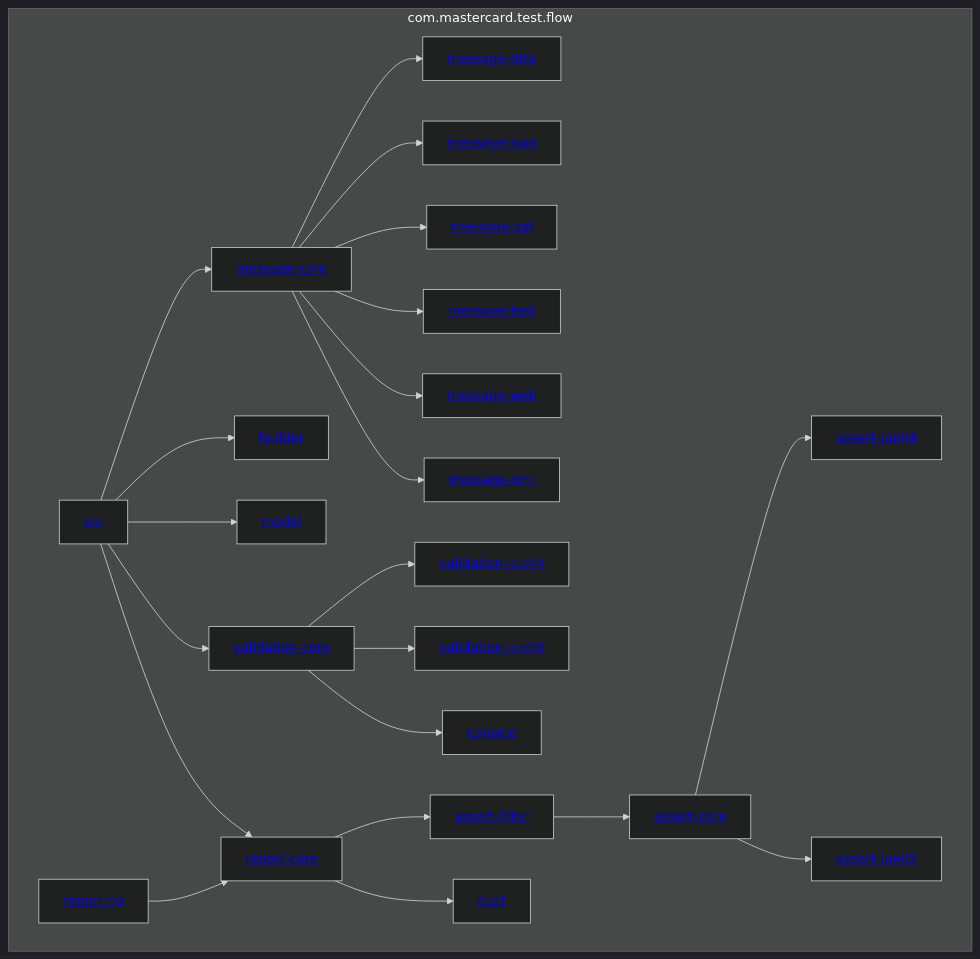
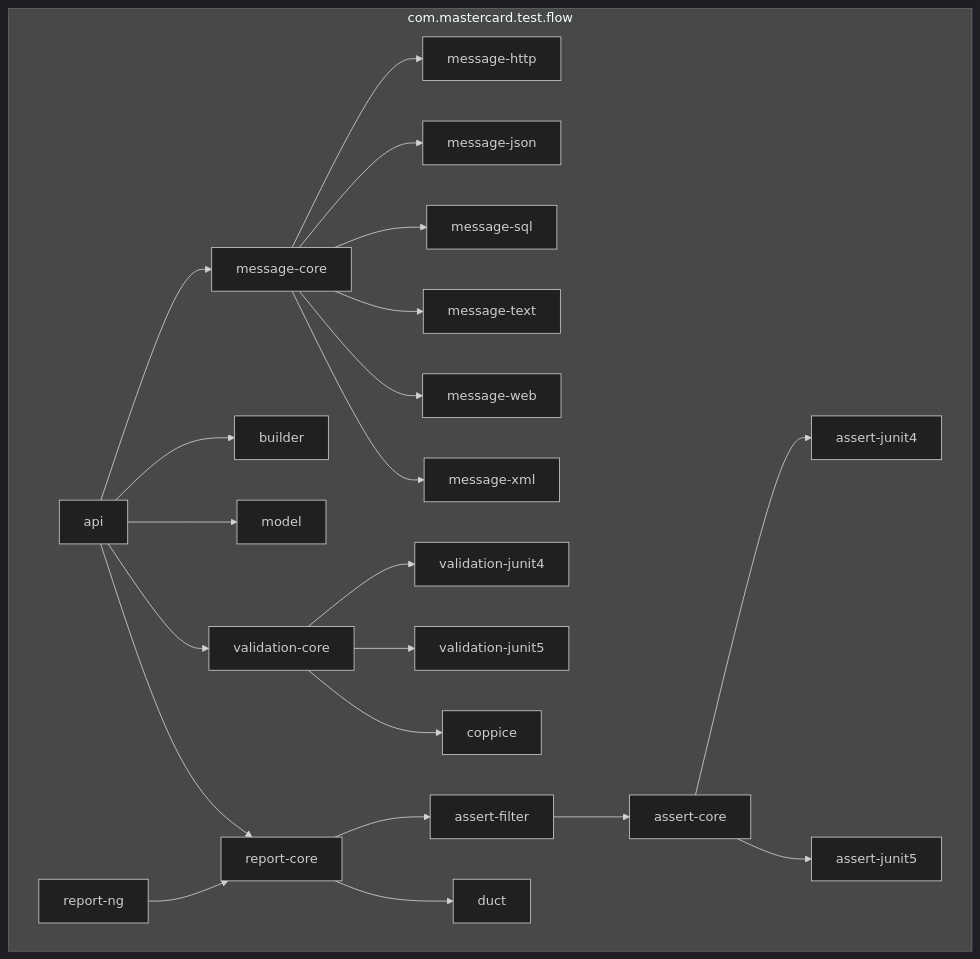
Before and after one commit to Mastercard/flow: the diagram in README.md, drawn with Mermaid (dark theme). The commit also changed 2 other files, not shown here.

Commit message:
Removed mermaid links - github no longer renders them (#738)
removed mermaid links - github no longer renders them

````diff
--- a/README.md
+++ b/README.md
@@ -50,46 +50,46 @@
 ```mermaid
 graph TB
   subgraph com.mastercard.test.flow
-    api[<a href='https://github.com/Mastercard/flow/tree/main/api'>api</a>]
-    assert-core[<a href='https://github.com/Mastercard/flow/tree/main/assert/assert-core'>assert-core</a>]
-    assert-filter[<a href='https://github.com/Mastercard/flow/tree/main/assert/assert-filter'>assert-filter</a>]
-    assert-junit4[<a href='https://github.com/Mastercard/flow/tree/main/assert/assert-junit4'>assert-junit4</a>]
-    assert-junit5[<a href='https://github.com/Mastercard/flow/tree/main/assert/assert-junit5'>assert-junit5</a>]
-    builder[<a href='https://github.com/Mastercard/flow/tree/main/builder'>builder</a>]
-    coppice[<a href='https://github.com/Mastercard/flow/tree/main/validation/coppice'>coppice</a>]
-    duct[<a href='https://github.com/Mastercard/flow/tree/main/report/duct'>duct</a>]
-    message-core[<a href='https://github.com/Mastercard/flow/tree/main/message/message-core'>message-core</a>]
-    message-http[<a href='https://github.com/Mastercard/flow/tree/main/message/message-http'>message-http</a>]
-    message-json[<a href='https://github.com/Mastercard/flow/tree/main/message/message-json'>message-json</a>]
-    message-sql[<a href='https://github.com/Mastercard/flow/tree/main/message/message-sql'>message-sql</a>]
-    message-text[<a href='https://github.com/Mastercard/flow/tree/main/message/message-text'>message-text</a>]
-    message-web[<a href='https://github.com/Mastercard/flow/tree/main/message/message-web'>message-web</a>]
-    message-xml[<a href='https://github.com/Mastercard/flow/tree/main/message/message-xml'>message-xml</a>]
-    model[<a href='https://github.com/Mastercard/flow/tree/main/model'>model</a>]
-    report-core[<a href='https://github.com/Mastercard/flow/tree/main/report/report-core'>report-core</a>]
-    report-ng[<a href='https://github.com/Mastercard/flow/tree/main/report/report-ng'>report-ng</a>]
-    validation-core[<a href='https://github.com/Mastercard/flow/tree/main/validation/validation-core'>validation-core</a>]
-    validation-junit4[<a href='https://github.com/Mastercard/flow/tree/main/validation/validation-junit4'>validation-junit4</a>]
-    validation-junit5[<a href='https://github.com/Mastercard/flow/tree/main/validation/validation-junit5'>validation-junit5</a>]
+    api[api]
+    assert-core[assert-core]
+    assert-filter[assert-filter]
+    assert-junit4[assert-junit4]
+    assert-junit5[assert-junit5]
+    builder[builder]
+    coppice[coppice]
+    duct[duct]
+    message-core[message-core]
+    message-http[message-http]
+    message-json[message-json]
+    message-sql[message-sql]
+    message-text[message-text]
+    message-web[message-web]
+    message-xml[message-xml]
+    model[model]
+    report-core[report-core]
+    report-ng[report-ng]
+    validation-core[validation-core]
+    validation-junit4[validation-junit4]
+    validation-junit5[validation-junit5]
   end
   api --> message-core
   api --> builder
   api --> model
   api --> validation-core
   api --> report-core
   assert-core --> assert-junit4
   assert-core --> assert-junit5
   assert-filter --> assert-core
   message-core --> message-http
   message-core --> message-json
   message-core --> message-sql
   message-core --> message-text
   message-core --> message-web
   message-core --> message-xml
   report-core --> assert-filter
   report-core --> duct
   report-ng --> report-core
   validation-core --> validation-junit4
   validation-core --> validation-junit5
   validation-core --> coppice
 ```
````
